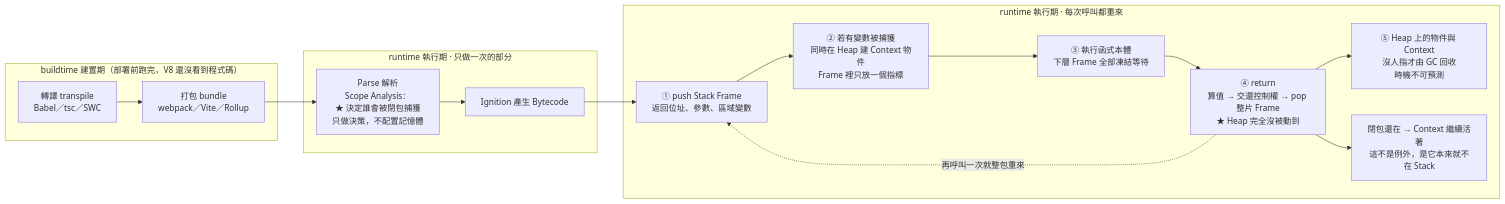
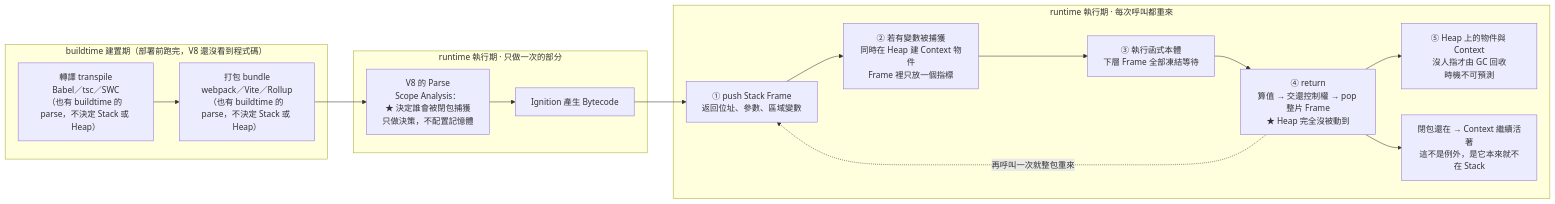
One commit to Abbychickenfillet-github/golang-and-TS-others-md-files changed the first of 3 diagrams in frontend-docs/javascript/JS_Core_and_Runtime/12-return-清理記憶體-stack-frame與閉包例外.md. Above: the diagram before and after it, drawn with Mermaid. The commit also changed other lines of this file and 3 other files, not shown here.

First line of the commit message:
feat(pages): callout 轉色框、<mark> 內 markdown 補渲染、hover 浮出時間軸圖；12-return 區分 buildtime 與 V8 runtime 的 Parse

````diff
--- a/frontend-docs/javascript/JS_Core_and_Runtime/12-return-清理記憶體-stack-frame與閉包例外.md
+++ b/frontend-docs/javascript/JS_Core_and_Runtime/12-return-清理記憶體-stack-frame與閉包例外.md
@@ -93,19 +98,19 @@
 ```mermaid
 flowchart LR
     subgraph BT["buildtime 建置期（部署前跑完，V8 還沒看到程式碼）"]
-        T["轉譯 transpile<br/>Babel／tsc／SWC"] --> BU["打包 bundle<br/>webpack／Vite／Rollup"]
+        T["轉譯 transpile<br/>Babel／tsc／SWC<br/>（也有 buildtime 的 parse，不決定 Stack 或 Heap）"] --> BU["打包 bundle<br/>webpack／Vite／Rollup<br/>（也有 buildtime 的 parse，不決定 Stack 或 Heap）"]
     end
     subgraph RT1["runtime 執行期 · 只做一次的部分"]
-        P["Parse 解析<br/>Scope Analysis：<br/>★ 決定誰會被閉包捕獲<br/>只做決策，不配置記憶體"] --> BC["Ignition 產生 Bytecode"]
+        P["V8 的 Parse<br/>Scope Analysis：<br/>★ 決定誰會被閉包捕獲<br/>只做決策，不配置記憶體"] --> BC["Ignition 產生 Bytecode"]
     end
     subgraph RT2["runtime 執行期 · 每次呼叫都重來"]
         PU["① push Stack Frame<br/>返回位址、參數、區域變數"] --> CX["② 若有變數被捕獲<br/>同時在 Heap 建 Context 物件<br/>Frame 裡只放一個指標"]
         CX --> EX["③ 執行函式本體<br/>下層 Frame 全部凍結等待"]
         EX --> RE["④ return<br/>算值 → 交還控制權 → pop 整片 Frame<br/>★ Heap 完全沒被動到"]
         RE --> GC["⑤ Heap 上的物件與 Context<br/>沒人指才由 GC 回收<br/>時機不可預測"]
         RE --> KEEP["閉包還在 → Context 繼續活著<br/>這不是例外，是它本來就不在 Stack"]
     end
     BU --> P
     BC --> PU
     RE -.->|"再呼叫一次就整包重來"| PU
 ```
````
